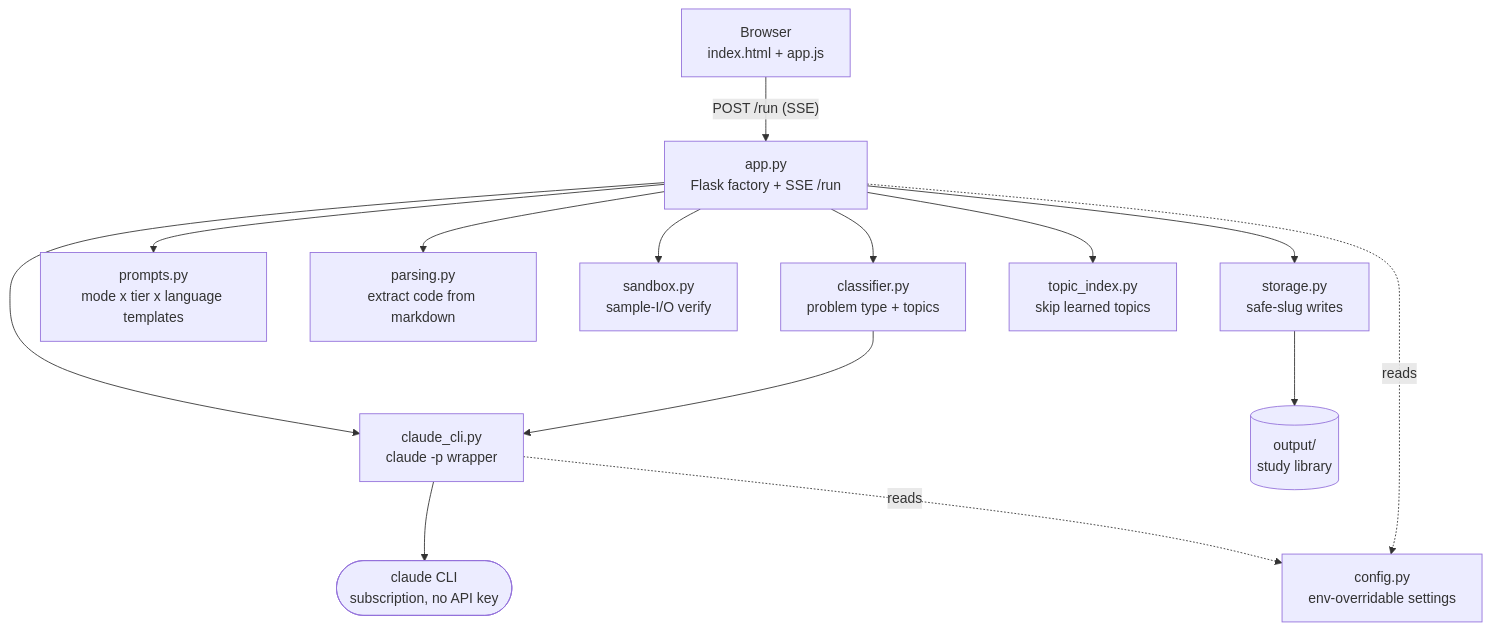
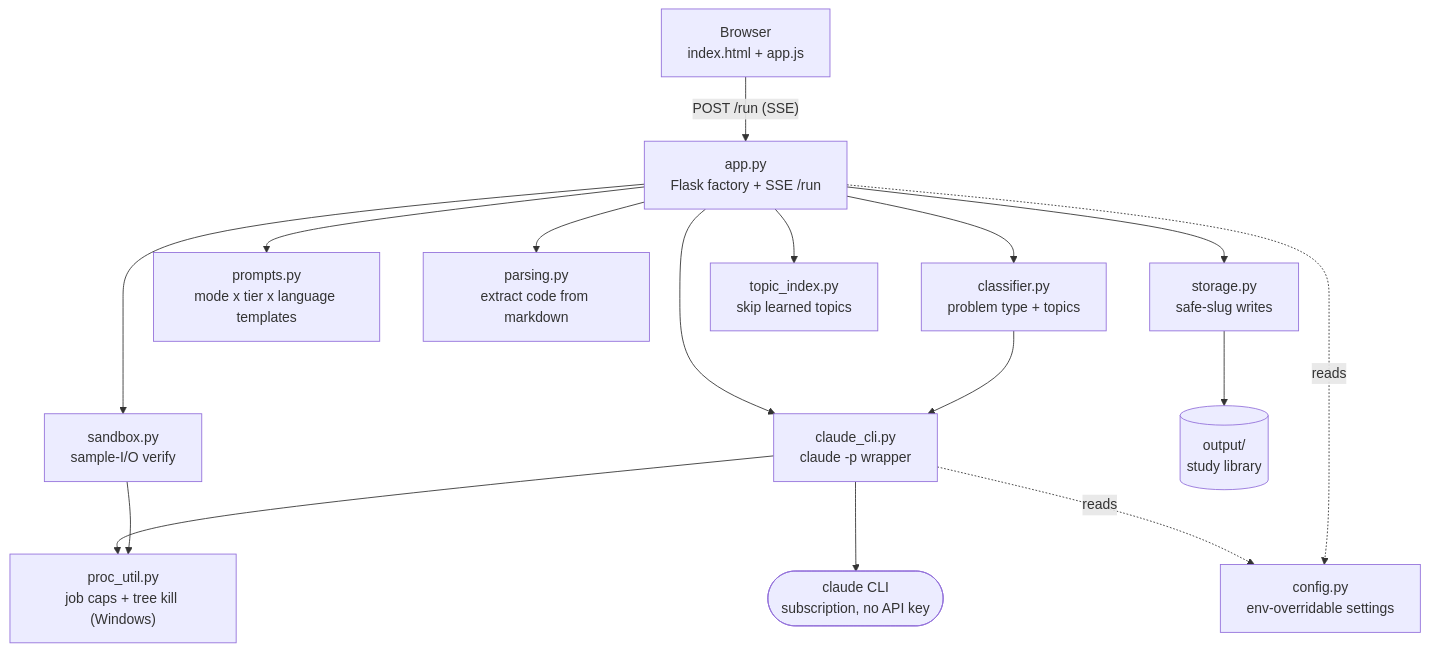
Before and after one commit to yib7/LeetCoach: the first of 2 diagrams in docs/ARCHITECTURE.md, drawn with Mermaid. The commit also changed other lines of this file and 4 other files, not shown here.

````diff
--- a/docs/ARCHITECTURE.md
+++ b/docs/ARCHITECTURE.md
@@ -20,29 +20,32 @@
 ```mermaid
 flowchart TD
     Browser["Browser<br/>index.html + app.js"]
     App["app.py<br/>Flask factory + SSE /run"]
     Cli["claude_cli.py<br/>claude -p wrapper"]
     Classifier["classifier.py<br/>problem type + topics"]
     Prompts["prompts.py<br/>mode x tier x language templates"]
     Parsing["parsing.py<br/>extract code from markdown"]
     Sandbox["sandbox.py<br/>sample-I/O verify"]
+    Proc["proc_util.py<br/>job caps + tree kill (Windows)"]
     Storage["storage.py<br/>safe-slug writes"]
     Topic["topic_index.py<br/>skip learned topics"]
     Config["config.py<br/>env-overridable settings"]
     Claude(["claude CLI<br/>subscription, no API key"])
     Output[("output/<br/>study library")]
 
     Browser -->|"POST /run (SSE)"| App
     App --> Classifier
     App --> Prompts
     App --> Parsing
     App --> Sandbox
     App --> Storage
     App --> Topic
     Classifier --> Cli
     App --> Cli
     Cli --> Claude
+    Sandbox --> Proc
+    Cli --> Proc
     Storage --> Output
     App -.->|reads| Config
     Cli -.->|reads| Config
 ```
````
